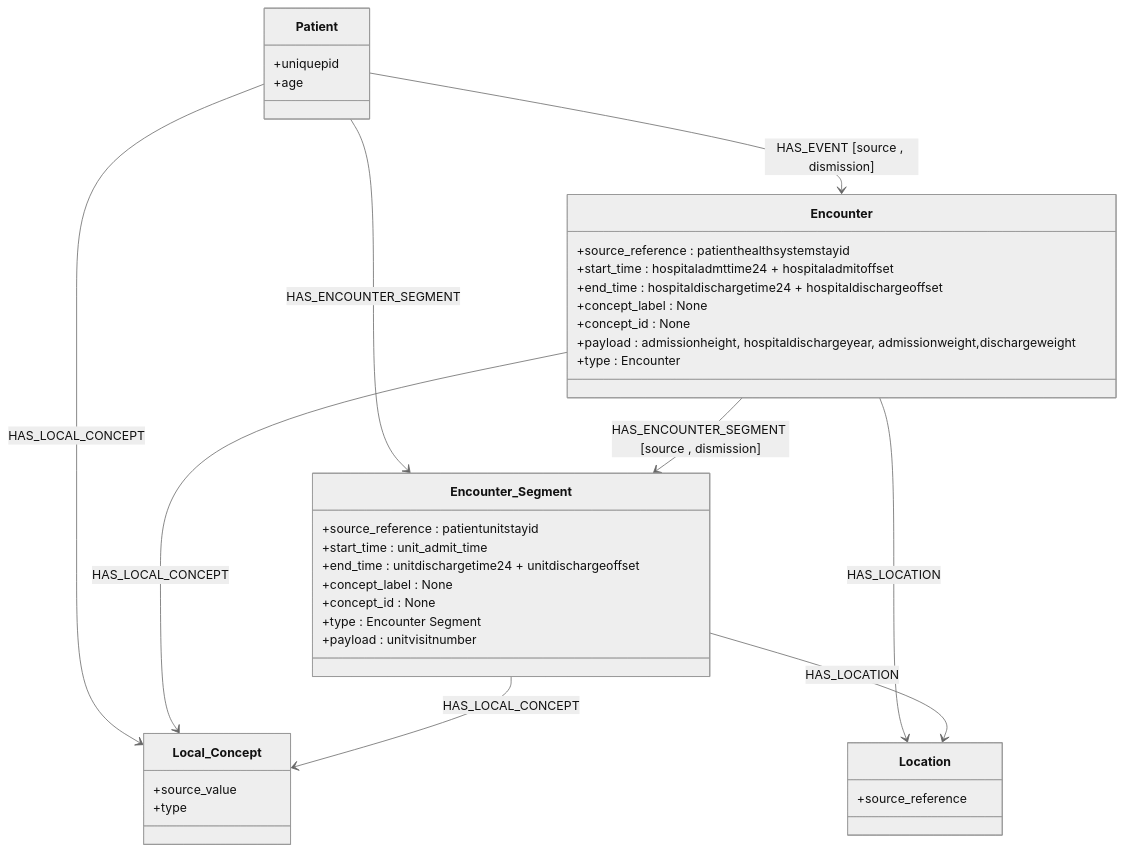
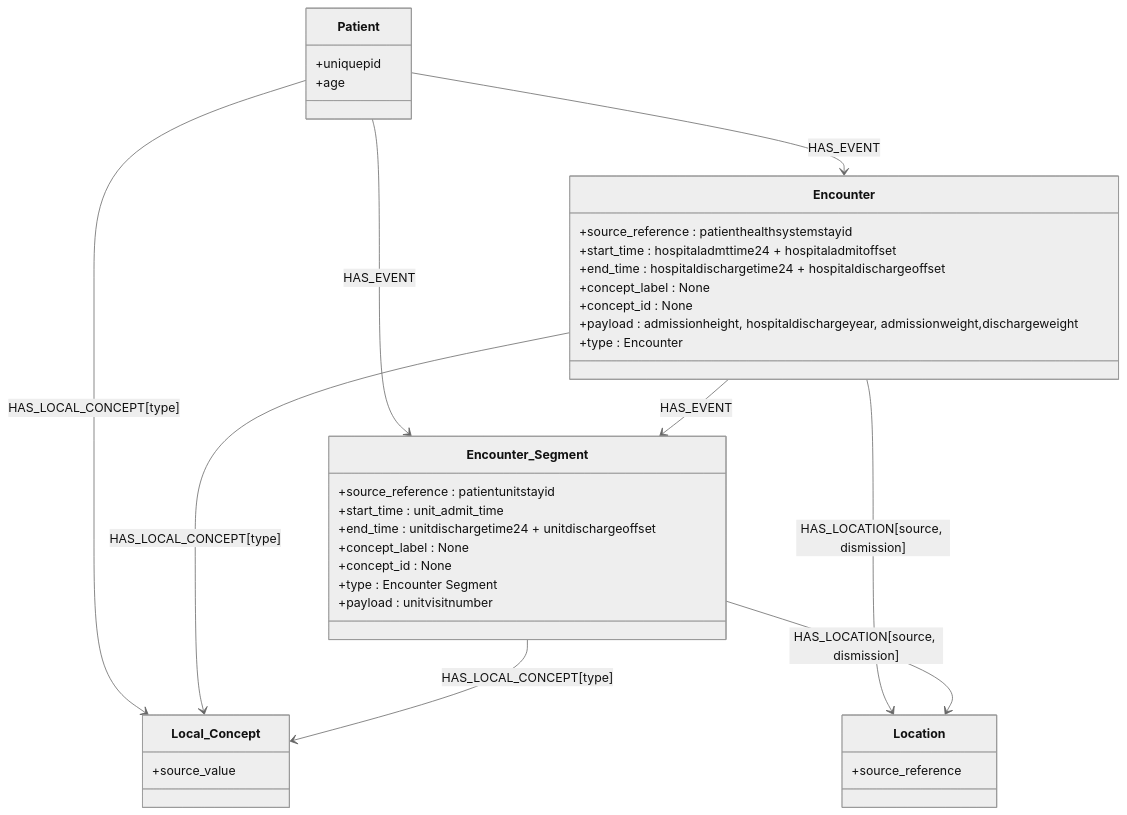
One commit to BecksFedeUniPr/eICU_mapping changed the diagram in README.md. Above: the diagram before and after it, drawn with Mermaid (neutral theme). The commit also changed other lines of this file and 2 other files, not shown here.

````diff
--- a/README.md
+++ b/README.md
@@ -27,47 +26,45 @@
 ```mermaid
 classDiagram
 
 class Patient {
     +uniquepid
     +age
 }
 
 class Local_Concept {
     +source_value
-    +type
 }
 
 class Encounter {
     +source_reference : patienthealthsystemstayid
     +start_time : hospitaladmttime24 + hospitaladmitoffset
     +end_time : hospitaldischargetime24 + hospitaldischargeoffset
     +concept_label : None
     +concept_id : None
     +payload : admissionheight, hospitaldischargeyear, admissionweight,dischargeweight
     +type : Encounter
 }
 
 class Encounter_Segment {
     +source_reference : patientunitstayid
     +start_time : unit_admit_time
     +end_time : unitdischargetime24 + unitdischargeoffset
     +concept_label : None
     +concept_id : None
     +type : Encounter Segment
     +payload : unitvisitnumber
 }
 
 class Location {
     +source_reference
 }
+Patient --> Local_Concept : HAS_LOCAL_CONCEPT[type]
+Patient --> Encounter_Segment : HAS_EVENT
+Encounter --> Local_Concept : HAS_LOCAL_CONCEPT[type]
+Encounter_Segment --> Local_Concept : HAS_LOCAL_CONCEPT[type]
 
-Patient --> Local_Concept : HAS_LOCAL_CONCEPT
-Patient --> Encounter_Segment : HAS_ENCOUNTER_SEGMENT
-Encounter --> Local_Concept : HAS_LOCAL_CONCEPT
-Encounter_Segment --> Local_Concept : HAS_LOCAL_CONCEPT
-
-Patient --> Encounter : HAS_EVENT [source , dismission]
-Encounter --> Encounter_Segment : HAS_ENCOUNTER_SEGMENT [source , dismission]
-Encounter --> Location : HAS_LOCATION
-Encounter_Segment --> Location : HAS_LOCATION
+Patient --> Encounter : HAS_EVENT
+Encounter --> Encounter_Segment : HAS_EVENT
+Encounter --> Location : HAS_LOCATION[source, dismission]
+Encounter_Segment --> Location : HAS_LOCATION[source, dismission]
 ```
````
